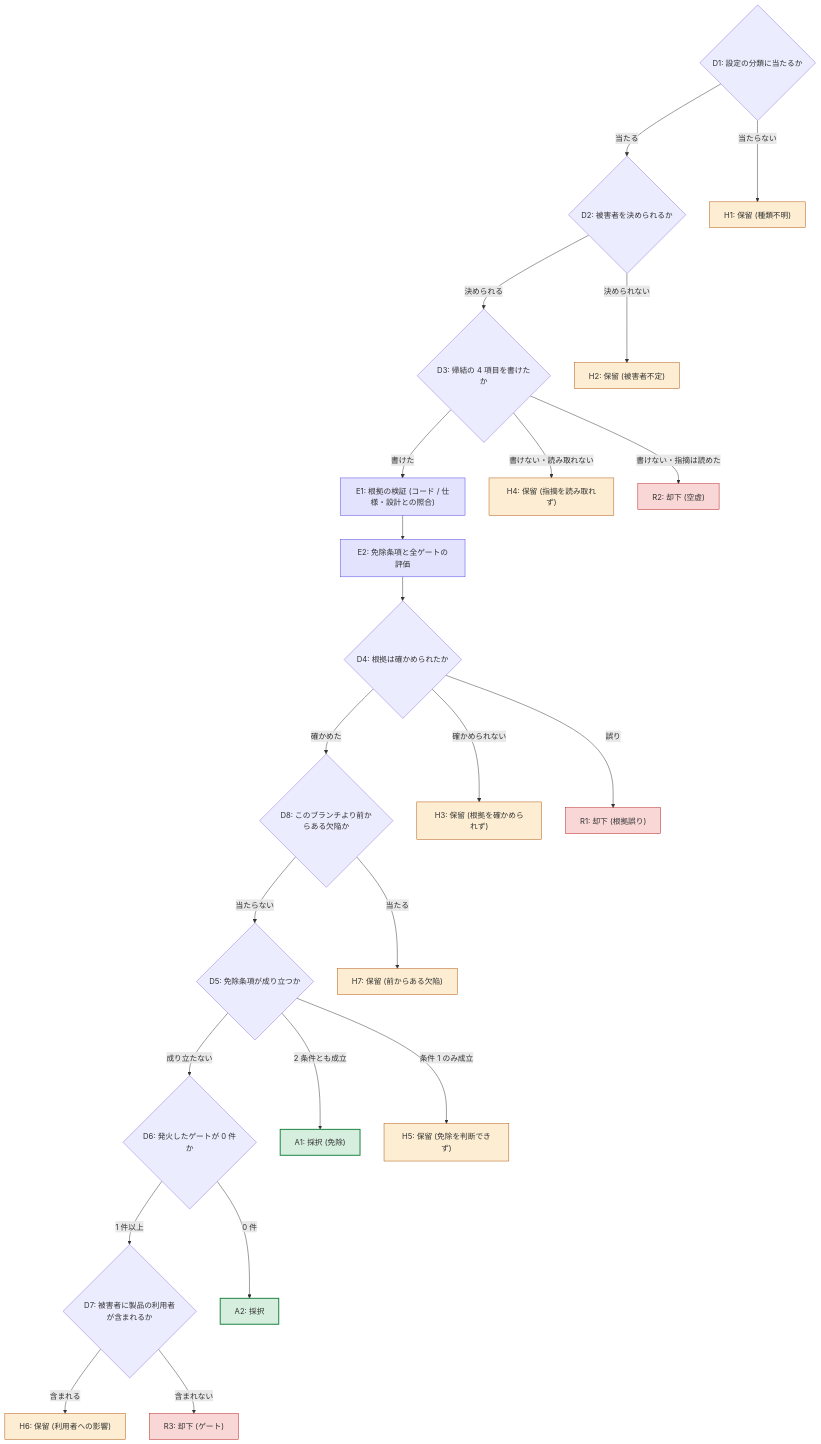
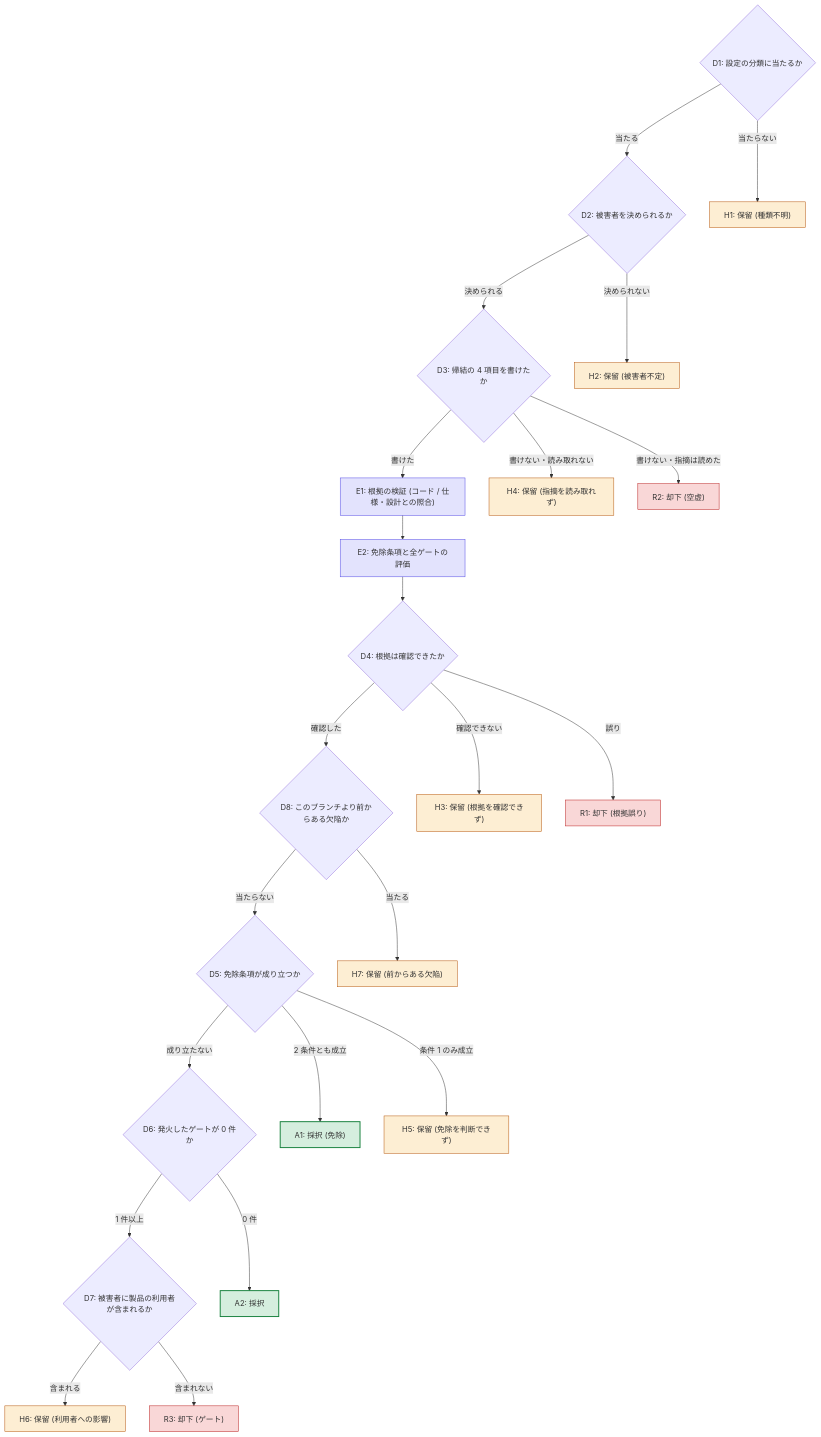
One commit to akm/claude-plugins changed the diagram in review-triage/skills/review-triage/references/judgment-flow.md. Above: the diagram before and after it, drawn with Mermaid. The commit also changed other lines of this file and 30 other files, not shown here.

````diff
--- a/review-triage/skills/review-triage/references/judgment-flow.md
+++ b/review-triage/skills/review-triage/references/judgment-flow.md
@@ -19,62 +19,62 @@
 ```mermaid
 flowchart TD
   D1{"D1: 設定の分類に当たるか"}
   D2{"D2: 被害者を決められるか"}
   D3{"D3: 帰結の 4 項目を書けたか"}
   E1["E1: 根拠の検証 (コード / 仕様・設計との照合)"]
   E2["E2: 免除条項と全ゲートの評価"]
-  D4{"D4: 根拠は確かめられたか"}
+  D4{"D4: 根拠は確認できたか"}
   D5{"D5: 免除条項が成り立つか"}
   D6{"D6: 発火したゲートが 0 件か"}
   D7{"D7: 被害者に製品の利用者が含まれるか"}
   D8{"D8: このブランチより前からある欠陥か"}
   A1["A1: 採択 (免除)"]
   A2["A2: 採択"]
   H1["H1: 保留 (種類不明)"]
   H2["H2: 保留 (被害者不定)"]
-  H3["H3: 保留 (根拠を確かめられず)"]
+  H3["H3: 保留 (根拠を確認できず)"]
   H4["H4: 保留 (指摘を読み取れず)"]
   H5["H5: 保留 (免除を判断できず)"]
   H6["H6: 保留 (利用者への影響)"]
   H7["H7: 保留 (前からある欠陥)"]
   R1["R1: 却下 (根拠誤り)"]
   R2["R2: 却下 (空虚)"]
   R3["R3: 却下 (ゲート)"]
 
   D1 -- 当たらない --> H1
   D1 -- 当たる --> D2
   D2 -- 決められない --> H2
   D2 -- 決められる --> D3
   D3 -- 書けない・指摘は読めた --> R2
   D3 -- 書けない・読み取れない --> H4
   D3 -- 書けた --> E1
   E1 --> E2
   E2 --> D4
   D4 -- 誤り --> R1
-  D4 -- 確かめられない --> H3
-  D4 -- 確かめた --> D8
+  D4 -- 確認できない --> H3
+  D4 -- 確認した --> D8
   D8 -- 当たる --> H7
   D8 -- 当たらない --> D5
   D5 -- 2 条件とも成立 --> A1
   D5 -- 条件 1 のみ成立 --> H5
   D5 -- 成り立たない --> D6
   D6 -- 0 件 --> A2
   D6 -- 1 件以上 --> D7
   D7 -- 含まれる --> H6
   D7 -- 含まれない --> R3
 
   style A1 fill:#16a34a2e,stroke:#16803c,stroke-width:2px
   style A2 fill:#16a34a2e,stroke:#16803c,stroke-width:2px
   style H1 fill:#f59e0b2e,stroke:#b45309
   style H2 fill:#f59e0b2e,stroke:#b45309
   style H3 fill:#f59e0b2e,stroke:#b45309
   style H4 fill:#f59e0b2e,stroke:#b45309
   style H5 fill:#f59e0b2e,stroke:#b45309
   style H6 fill:#f59e0b2e,stroke:#b45309
   style H7 fill:#f59e0b2e,stroke:#b45309
   style R1 fill:#dc26262e,stroke:#b91c1c
   style R2 fill:#dc26262e,stroke:#b91c1c
   style R3 fill:#dc26262e,stroke:#b91c1c
   style E1 fill:#6366f12e,stroke:#4f46e5
   style E2 fill:#6366f12e,stroke:#4f46e5
 ```
````
